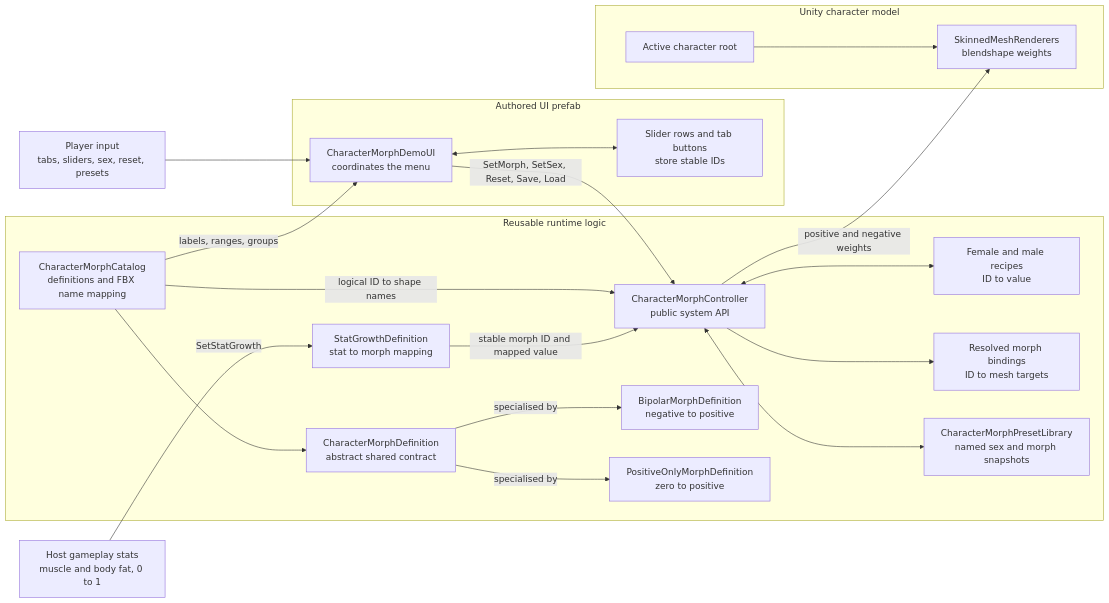
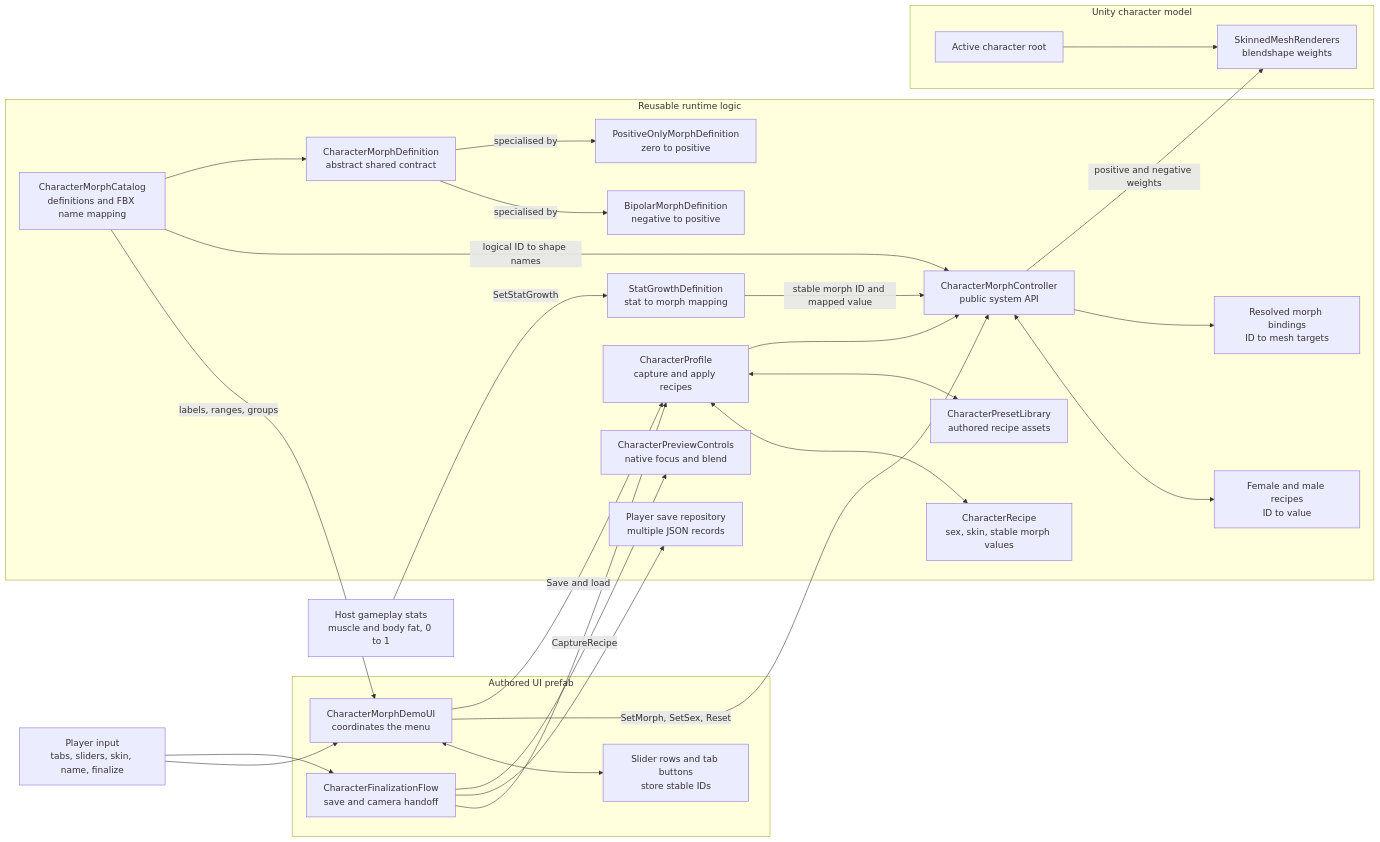
Before and after one commit to SolAuror/Sols-char-customizer: the diagram in Documentation/SystemPresentationArchitecture.md, drawn with Mermaid. The commit also changed other lines of this file and 67 other files, not shown here.

First line of the commit message:
Add character customization UI & scripts & Skin tab

````diff
--- a/Documentation/SystemPresentationArchitecture.md
+++ b/Documentation/SystemPresentationArchitecture.md
@@ -7,43 +7,55 @@
 ```mermaid
 flowchart LR
-    Player["Player input<br/>tabs, sliders, sex, reset, presets"]
+    Player["Player input<br/>tabs, sliders, skin, name, finalize"]
     Stats["Host gameplay stats<br/>muscle and body fat, 0 to 1"]
 
     subgraph View["Authored UI prefab"]
         DemoUI["CharacterMorphDemoUI<br/>coordinates the menu"]
+        Finalize["CharacterFinalizationFlow<br/>save and camera handoff"]
         Rows["Slider rows and tab buttons<br/>store stable IDs"]
     end
 
     subgraph Runtime["Reusable runtime logic"]
         Controller["CharacterMorphController<br/>public system API"]
         Recipes["Female and male recipes<br/>ID to value"]
         Bindings["Resolved morph bindings<br/>ID to mesh targets"]
         Catalog["CharacterMorphCatalog<br/>definitions and FBX name mapping"]
         Definition["CharacterMorphDefinition<br/>abstract shared contract"]
         Bipolar["BipolarMorphDefinition<br/>negative to positive"]
         Positive["PositiveOnlyMorphDefinition<br/>zero to positive"]
         Growth["StatGrowthDefinition<br/>stat to morph mapping"]
-        Preset["CharacterMorphPresetLibrary<br/>named sex and morph snapshots"]
+        Profile["CharacterProfile<br/>capture and apply recipes"]
+        Recipe["CharacterRecipe<br/>sex, skin, stable morph values"]
+        Preset["CharacterPresetLibrary<br/>authored recipe assets"]
+        Saves["Player save repository<br/>multiple JSON records"]
+        Preview["CharacterPreviewControls<br/>native focus and blend"]
     end
 
     subgraph UnityModel["Unity character model"]
         Roots["Active character root"]
         Renderers["SkinnedMeshRenderers<br/>blendshape weights"]
     end
 
     Player --> DemoUI
+    Player --> Finalize
     Stats -->|"SetStatGrowth"| Growth
     Growth -->|"stable morph ID and mapped value"| Controller
     DemoUI <--> Rows
-    DemoUI -->|"SetMorph, SetSex, Reset, Save, Load"| Controller
+    DemoUI -->|"SetMorph, SetSex, Reset"| Controller
+    DemoUI -->|"Save and load"| Profile
+    Finalize -->|"CaptureRecipe"| Profile
+    Finalize --> Saves
+    Finalize --> Preview
     Catalog -->|"labels, ranges, groups"| DemoUI
     Catalog -->|"logical ID to shape names"| Controller
     Catalog --> Definition
     Definition -->|"specialised by"| Bipolar
     Definition -->|"specialised by"| Positive
     Controller <--> Recipes
-    Controller <--> Preset
+    Profile <--> Recipe
+    Profile <--> Preset
+    Profile --> Controller
     Controller --> Bindings
     Controller -->|"positive and negative weights"| Renderers
     Roots --> Renderers
 ```
````
